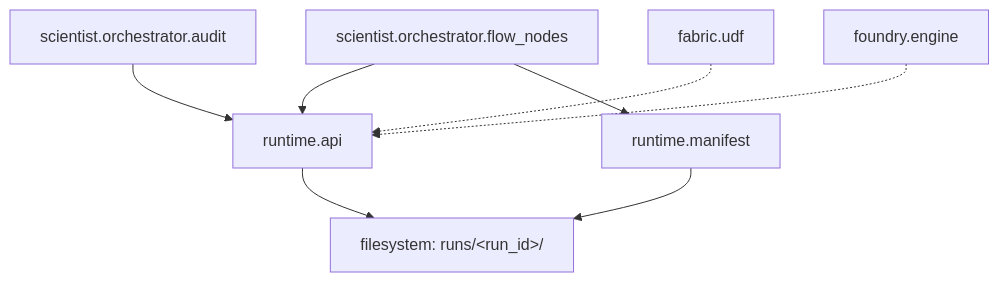
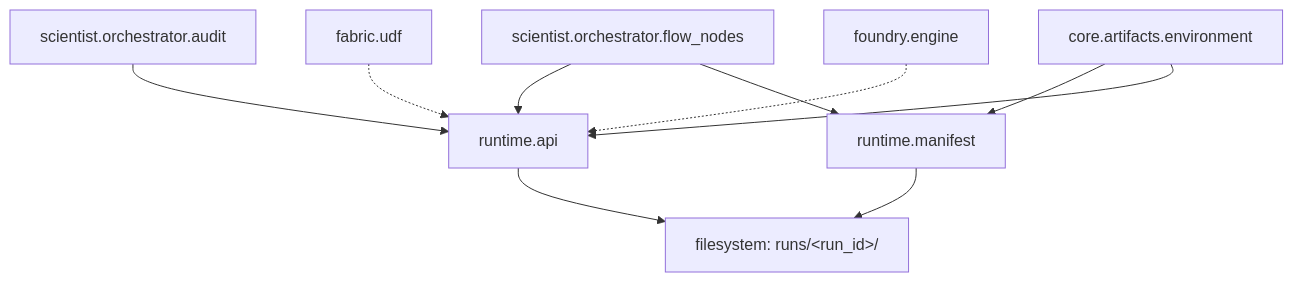
Before and after one commit to DenisKopylov/polisyos: the diagram in policy-engine/src/polisyos/runtime/README.md, drawn with Mermaid. The commit also changed other lines of this file and 75 other files, not shown here.

````diff
--- a/policy-engine/src/polisyos/runtime/README.md
+++ b/policy-engine/src/polisyos/runtime/README.md
@@ -750,10 +815,12 @@
 ```mermaid
 graph TD
     A[scientist.orchestrator.flow_nodes] --> B[runtime.api]
     A --> C[runtime.manifest]
     D[scientist.orchestrator.audit] --> B
     B --> E[filesystem: runs/&lt;run_id&gt;/]
     C --> E
     F[fabric.udf] -.-> B
     G[foundry.engine] -.-> B
+    H[core.artifacts.environment] --> C
+    H --> B
 ```
````
